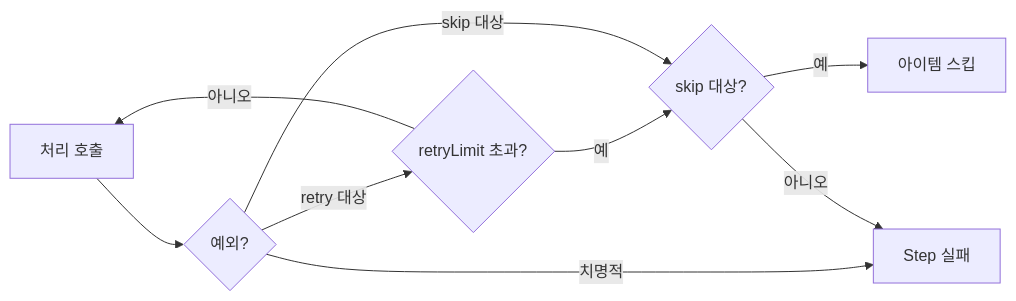
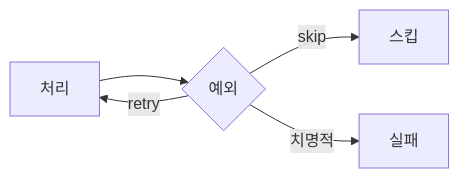
One commit to yjkim2015/yjkim2015.github.io changed the fourth of 6 diagrams in _posts/batch/2026-05-03-spring-batch-chunk-processing.md. Above: the diagram before and after it, drawn with Mermaid. The commit also changed other lines of this file and 163 other files, not shown here.

First line of the commit message:
Mermaid 300개 블록 내용 축소: 5노드 5엣지 이하, 의미 있는 약어

````diff
--- a/_posts/batch/2026-05-03-spring-batch-chunk-processing.md
+++ b/_posts/batch/2026-05-03-spring-batch-chunk-processing.md
@@ -292,11 +292,7 @@
 ```mermaid
-flowchart LR
-    A["처리 호출"] --> B{"예외?"}
-    B -->|"retry 대상"| F{"retryLimit 초과?"}
-    F -->|"아니오"| A
-    F -->|"예"| H{"skip 대상?"}
-    B -->|"skip 대상"| H
-    B -->|"치명적"| J["Step 실패"]
-    H -->|"예"| I["아이템 스킵"]
-    H -->|"아니오"| J
+graph LR
+    A["처리"] --> B{"예외"}
+    B -->|"retry"| A
+    B -->|"skip"| I["스킵"]
+    B -->|"치명적"| J["실패"]
 ```
````
